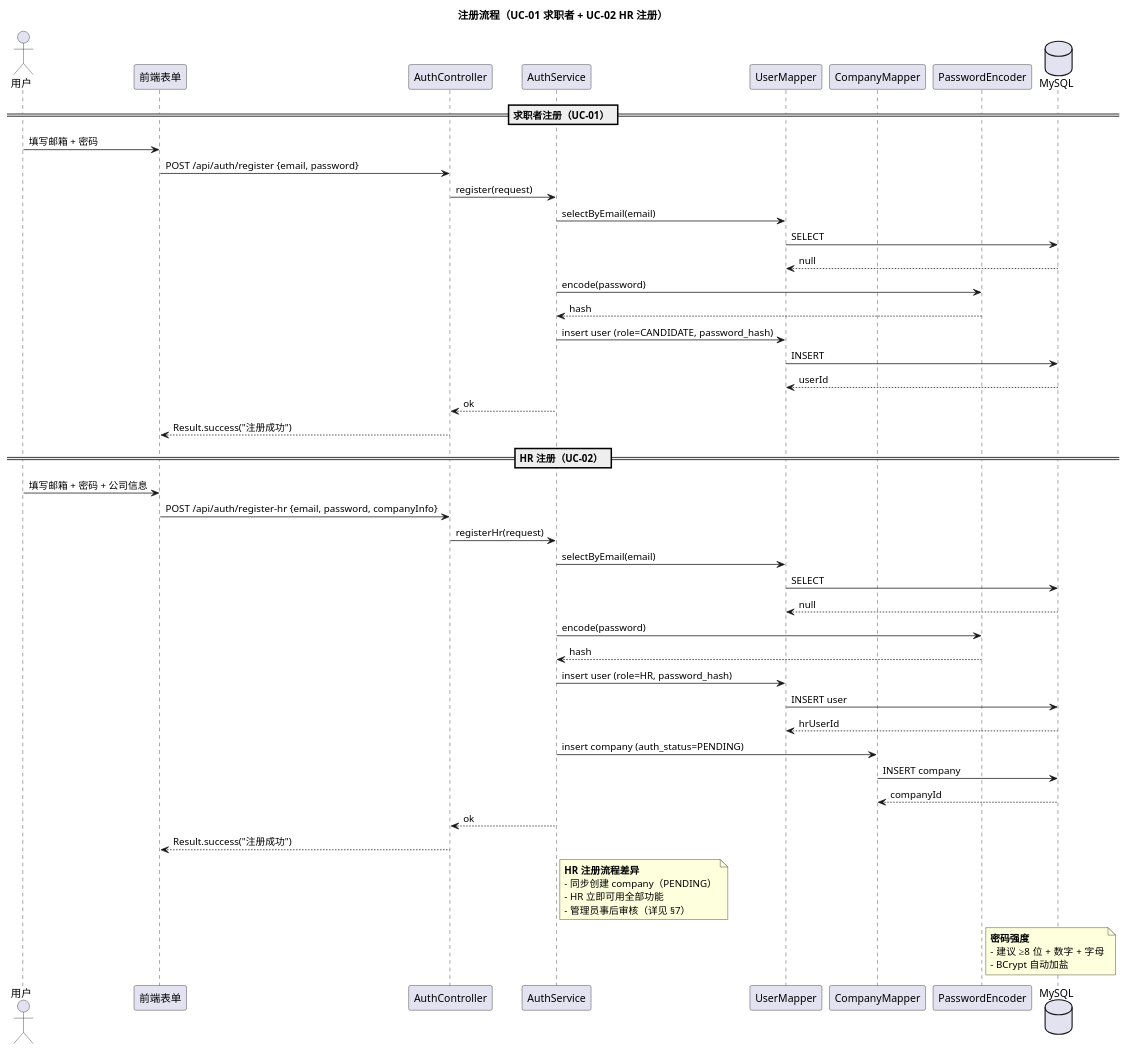
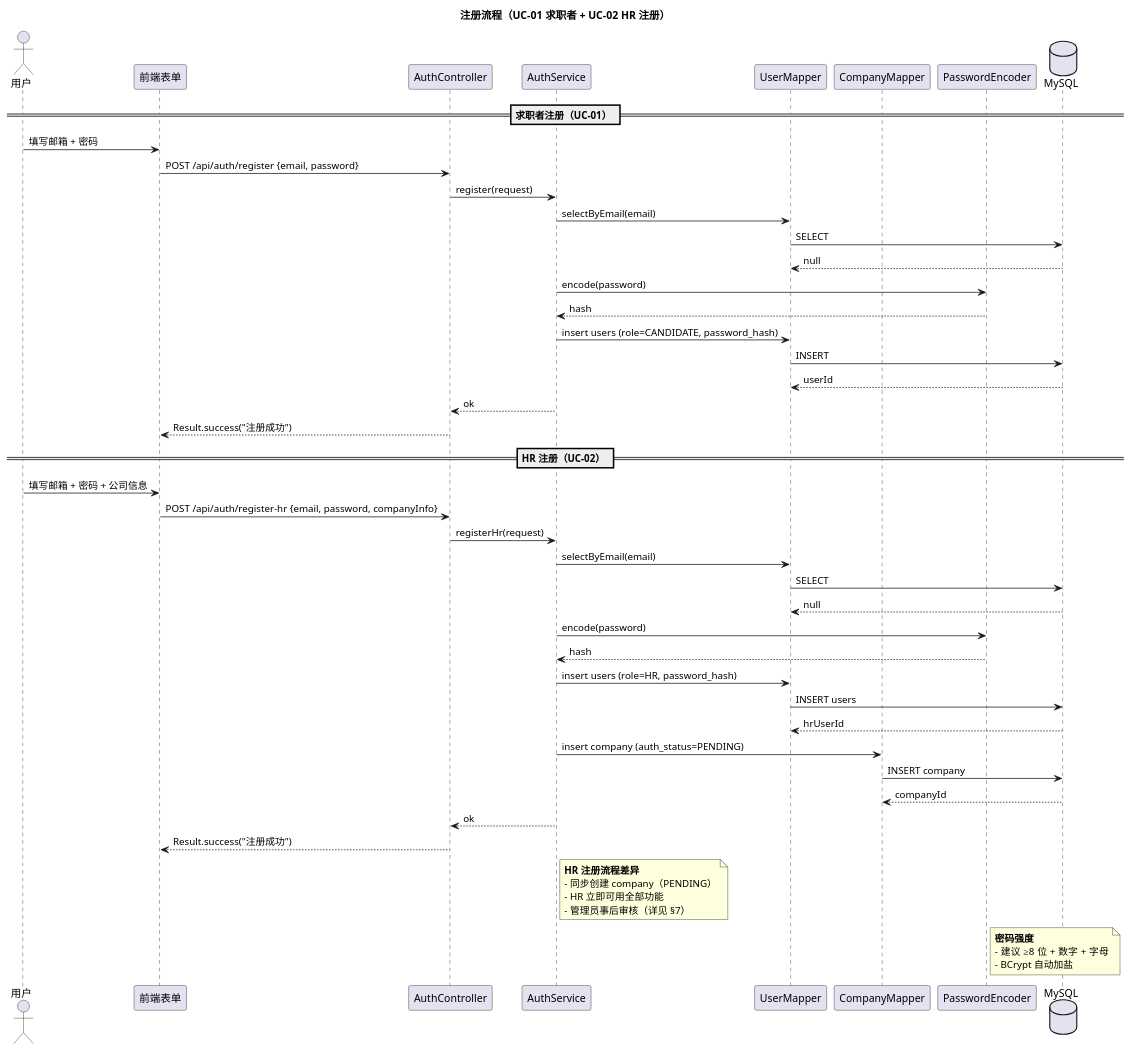
The first of 4 diagrams in docs/系统设计/详细设计/用户与认证.md (wendy-zw-yang/recruitment_system), drawn with PlantUML before and after one commit. The commit also changed other lines of this file and 166 other files, not shown here.

````diff
--- a/docs/系统设计/详细设计/用户与认证.md
+++ b/docs/系统设计/详细设计/用户与认证.md
@@ -114,61 +114,61 @@
 ```plantuml
 @startuml
 title 注册流程（UC-01 求职者 + UC-02 HR 注册）
 
 actor 用户
 participant "前端表单" as FE
 participant "AuthController" as Ctl
 participant "AuthService" as Svc
 participant "UserMapper" as UM
 participant "CompanyMapper" as CM
 participant "PasswordEncoder" as PE
 database "MySQL" as DB
 
 == 求职者注册（UC-01） ==
 用户 -> FE: 填写邮箱 + 密码
 FE -> Ctl: POST /api/auth/register {email, password}
 Ctl -> Svc: register(request)
 Svc -> UM: selectByEmail(email)
 UM -> DB: SELECT
 DB --> UM: null
 Svc -> PE: encode(password)
 PE --> Svc: hash
-Svc -> UM: insert user (role=CANDIDATE, password_hash)
+Svc -> UM: insert users (role=CANDIDATE, password_hash)
 UM -> DB: INSERT
 DB --> UM: userId
 Svc --> Ctl: ok
 Ctl --> FE: Result.success("注册成功")
 
 == HR 注册（UC-02） ==
 用户 -> FE: 填写邮箱 + 密码 + 公司信息
 FE -> Ctl: POST /api/auth/register-hr {email, password, companyInfo}
 Ctl -> Svc: registerHr(request)
 Svc -> UM: selectByEmail(email)
 UM -> DB: SELECT
 DB --> UM: null
 Svc -> PE: encode(password)
 PE --> Svc: hash
-Svc -> UM: insert user (role=HR, password_hash)
-UM -> DB: INSERT user
+Svc -> UM: insert users (role=HR, password_hash)
+UM -> DB: INSERT users
 DB --> UM: hrUserId
 Svc -> CM: insert company (auth_status=PENDING)
 CM -> DB: INSERT company
 DB --> CM: companyId
 Svc --> Ctl: ok
 Ctl --> FE: Result.success("注册成功")
 
 note right of Svc
   **HR 注册流程差异**
   - 同步创建 company（PENDING）
   - HR 立即可用全部功能
   - 管理员事后审核（详见 §7）
 end note
 
 note right of PE
   **密码强度**
   - 建议 ≥8 位 + 数字 + 字母
   - BCrypt 自动加盐
 end note
 
 @enduml
 ```
````
